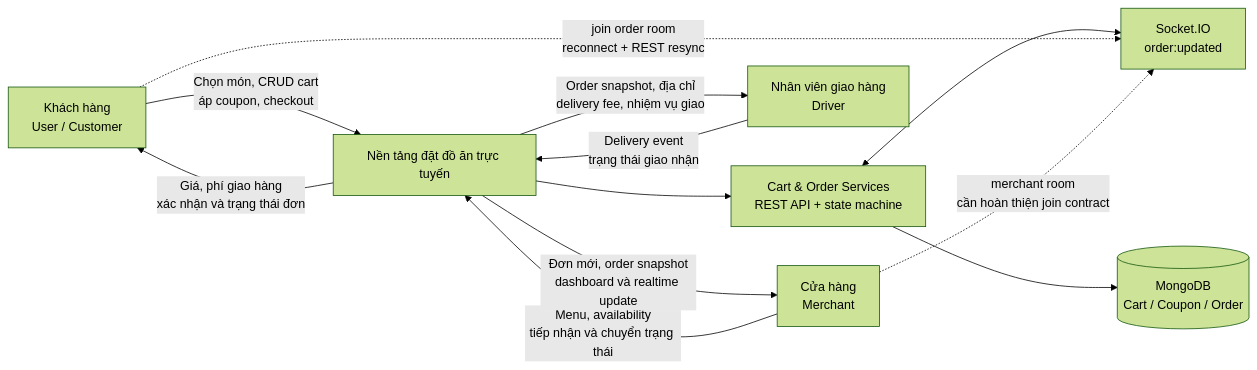
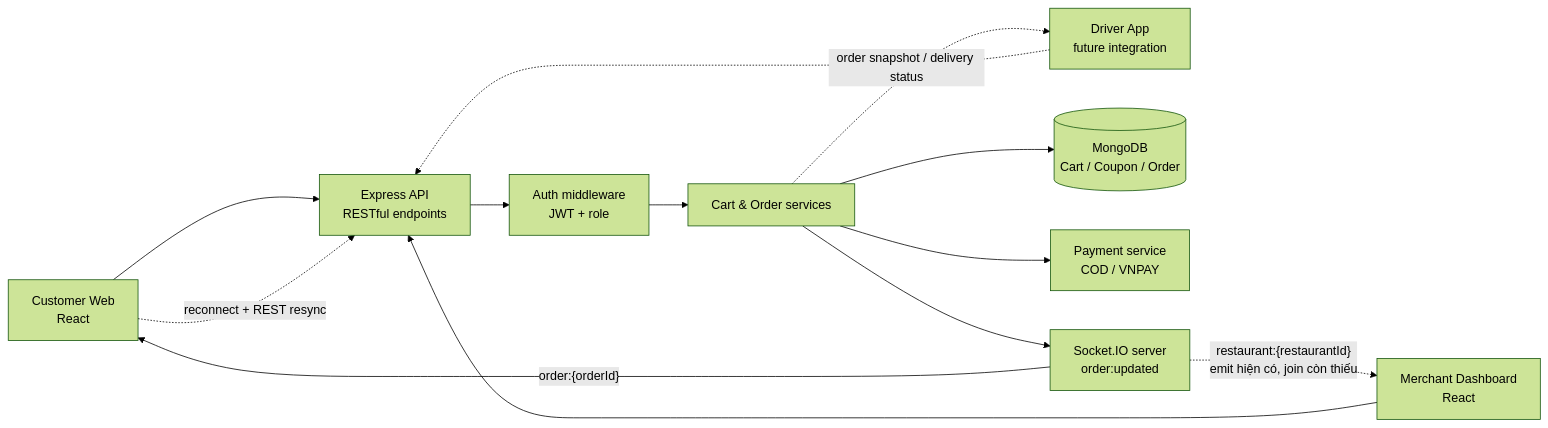
The diagram in report/diagrams/hinh-1-2-he-sinh-thai-dat-do-an.mmd (czx04/fsa-fe-food-ordering), drawn with Mermaid (forest theme) before and after one commit. The commit also changed 22 other files, not shown here.

```diff
--- a/report/diagrams/hinh-1-2-he-sinh-thai-dat-do-an.mmd
+++ b/report/diagrams/hinh-1-2-he-sinh-thai-dat-do-an.mmd
@@ -1,12 +1,15 @@
 flowchart LR
-    U["Khách hàng<br/>User / Customer"] -->|"Chọn món, CRUD cart<br/>áp coupon, checkout"| P["Nền tảng đặt đồ ăn trực tuyến"]
-    P -->|"Giá, phí giao hàng<br/>xác nhận và trạng thái đơn"| U
-    M["Cửa hàng<br/>Merchant"] -->|"Menu, availability<br/>tiếp nhận và chuyển trạng thái"| P
-    P -->|"Đơn mới, order snapshot<br/>dashboard và realtime update"| M
-    D["Nhân viên giao hàng<br/>Driver"] -->|"Delivery event<br/>trạng thái giao nhận"| P
-    P -->|"Order snapshot, địa chỉ<br/>delivery fee, nhiệm vụ giao"| D
-    P --> C["Cart & Order Services<br/>REST API + state machine"]
-    C --> DB[("MongoDB<br/>Cart / Coupon / Order")]
-    C <--> S["Socket.IO<br/>order:updated"]
-    U -.->|"join order room<br/>reconnect + REST resync"| S
-    M -.->|"merchant room<br/>cần hoàn thiện join contract"| S
+    U["Customer Web<br/>React"] --> API["Express API<br/>RESTful endpoints"]
+    M["Merchant Dashboard<br/>React"] --> API
+    D["Driver App<br/>future integration"] -.-> API
+
+    API --> AUTH["Auth middleware<br/>JWT + role"]
+    AUTH --> CO["Cart & Order services"]
+    CO --> DB[("MongoDB<br/>Cart / Coupon / Order")]
+    CO --> PAY["Payment service<br/>COD / VNPAY"]
+    CO --> SOCKET["Socket.IO server<br/>order:updated"]
+
+    SOCKET -->|"order:{orderId}"| U
+    SOCKET -.->|"restaurant:{restaurantId}<br/>emit hiện có, join còn thiếu"| M
+    U -.->|"reconnect + REST resync"| API
+    CO -.->|"order snapshot / delivery status"| D
```
